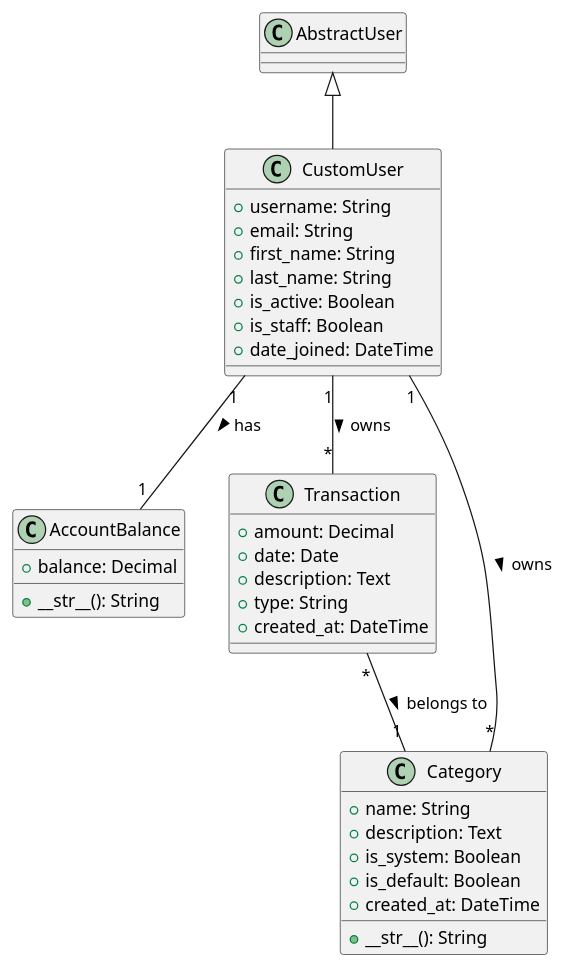
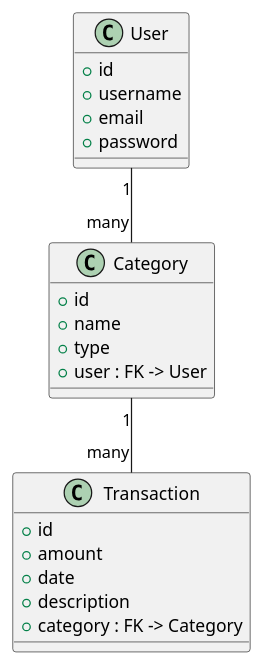
The diagram in README.md (Nixir-hub/budget_managment_app_django), drawn with PlantUML before and after one commit. The commit also changed other lines of this file, not shown here.

```diff
--- a/README.md
+++ b/README.md
@@ -79,46 +131,26 @@
 @startuml
-
-' Klasy użytkowników
-class CustomUser {
-  + username: String
-  + email: String
-  + first_name: String
-  + last_name: String
-  + is_active: Boolean
-  + is_staff: Boolean
-  + date_joined: DateTime
-}
-
-class AccountBalance {
-  + balance: Decimal
-  + __str__(): String
-}
-
-' Klasy transakcji i kategorii
-class Transaction {
-  + amount: Decimal
-  + date: Date
-  + description: Text
-  + type: String
-  + created_at: DateTime
+class User {
+    +id
+    +username
+    +email
+    +password
 }
 
 class Category {
-  + name: String
-  + description: Text
-  + is_system: Boolean
-  + is_default: Boolean
-  + created_at: DateTime
-  + __str__(): String
+    +id
+    +name
+    +type
+    +user : FK -> User
 }
 
-' Relacje
-CustomUser "1" -- "1" AccountBalance : has >
-CustomUser "1" -- "*" Transaction : owns >
-CustomUser "1" -- "*" Category : owns >
-Transaction "*" -- "1" Category : belongs to >
+class Transaction {
+    +id
+    +amount
+    +date
+    +description
+    +category : FK -> Category
+}
 
-' Dziedziczenie
-AbstractUser <|-- CustomUser
-
+User "1" -- "many" Category
+Category "1" -- "many" Transaction
 @enduml
```
